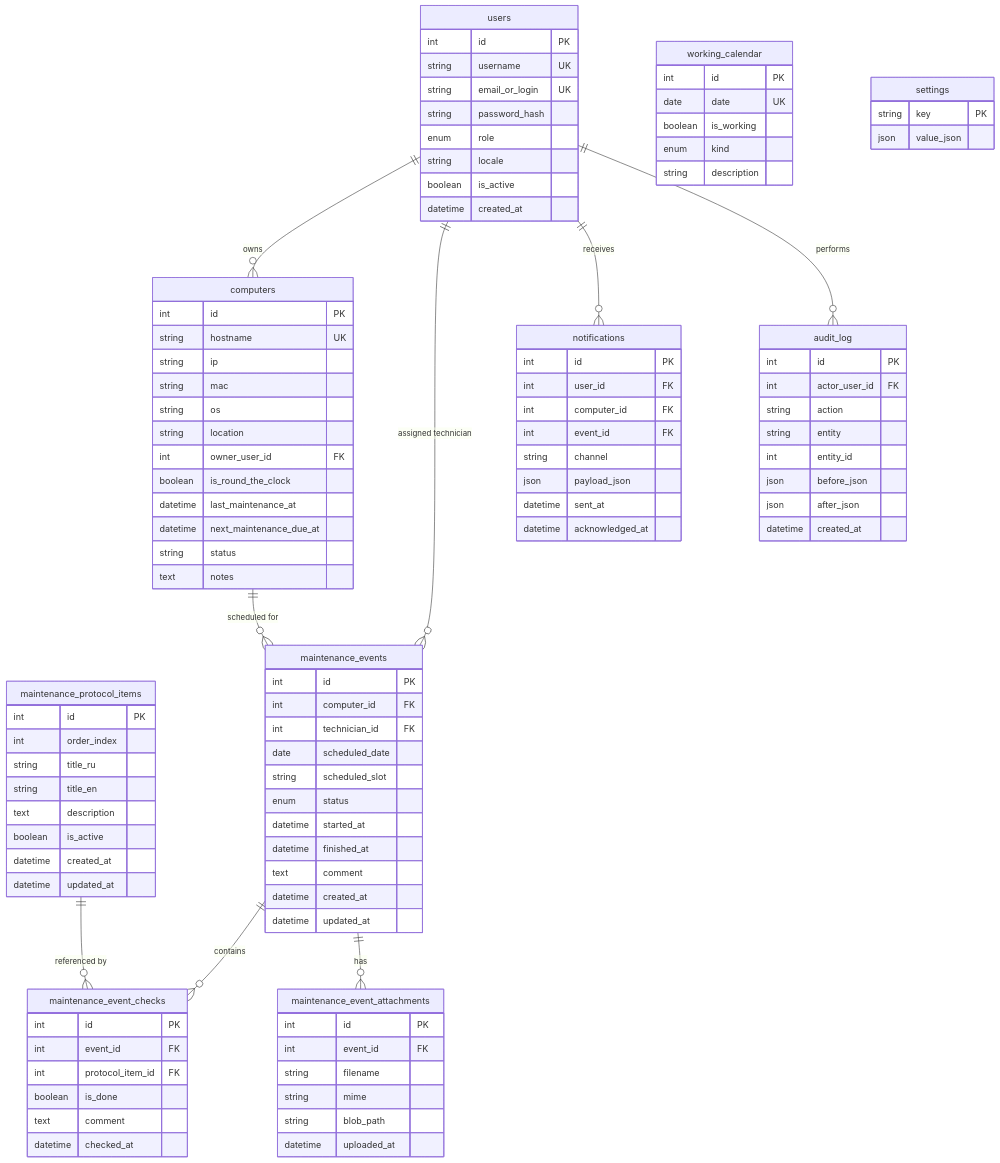
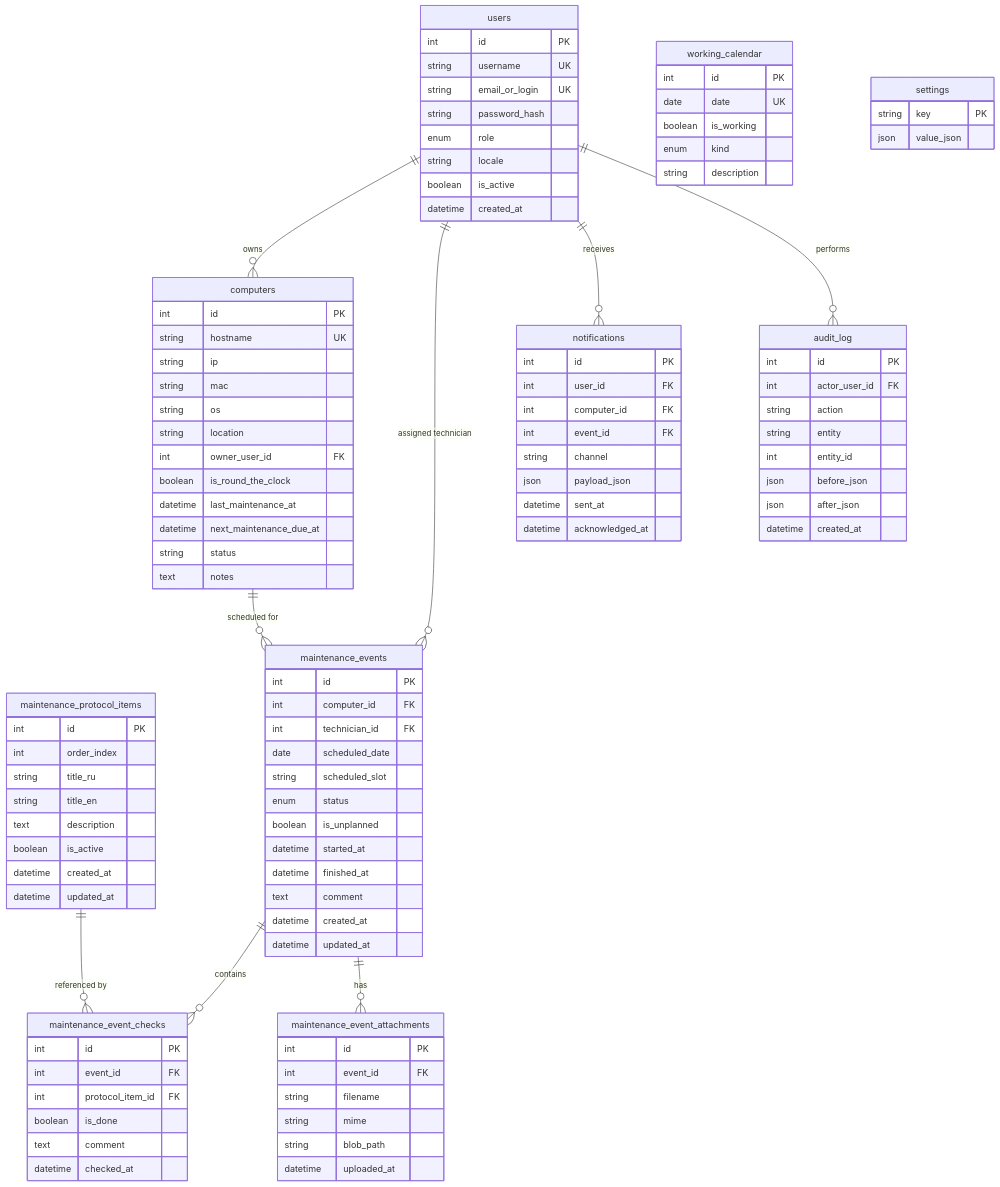
One commit to fondegluker/MainTen changed the diagram in README.md. Above: the diagram before and after it, drawn with Mermaid. The commit also changed other lines of this file and 12 other files, not shown here.

```diff
--- a/README.md
+++ b/README.md
@@ -194,6 +209,7 @@
         date scheduled_date
         string scheduled_slot
         enum status
+        boolean is_unplanned
         datetime started_at
         datetime finished_at
         text comment
```
